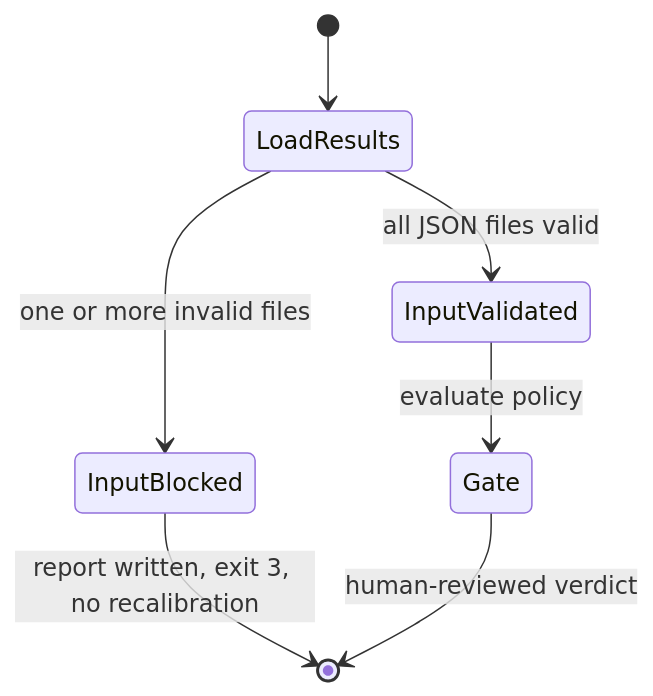
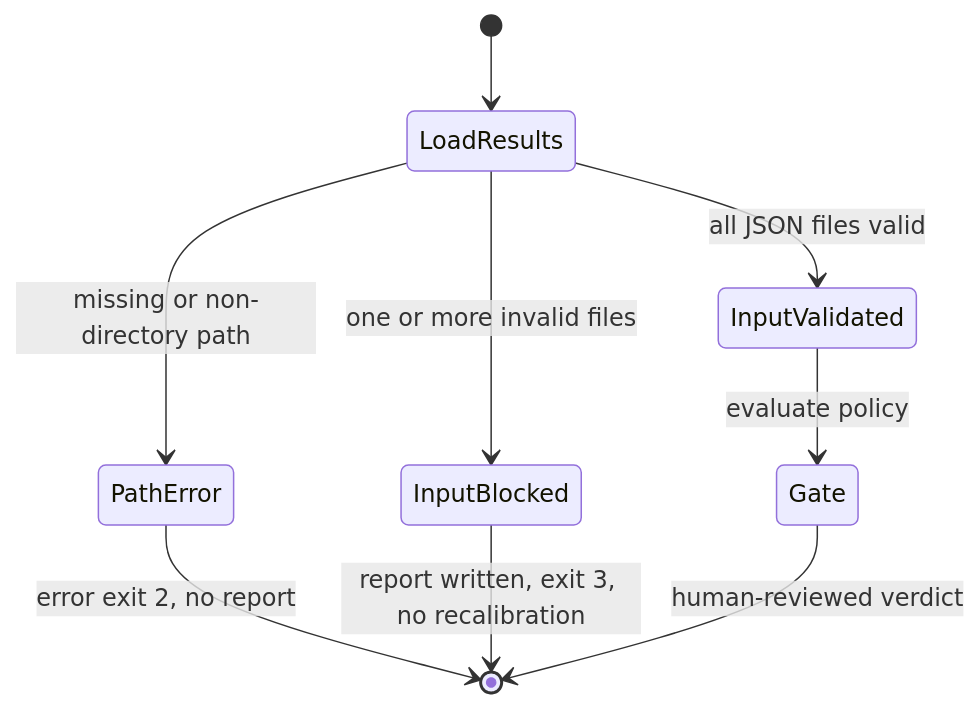
Before and after one commit to streamentry/OpenAMP-Foundry: the fourth of 4 diagrams in tests/calibration/AGENTS.md, drawn with Mermaid. The commit also changed other lines of this file and 16 other files, not shown here.

````diff
--- a/tests/calibration/AGENTS.md
+++ b/tests/calibration/AGENTS.md
@@ -55,9 +57,11 @@
 ```mermaid
 stateDiagram-v2
   [*] --> LoadResults
   LoadResults --> InputValidated: all JSON files valid
   LoadResults --> InputBlocked: one or more invalid files
+  LoadResults --> PathError: missing or non-directory path
+  PathError --> [*]: error exit 2, no report
   InputBlocked --> [*]: report written, exit 3, no recalibration
   InputValidated --> Gate: evaluate policy
   Gate --> [*]: human-reviewed verdict
 ```
````
